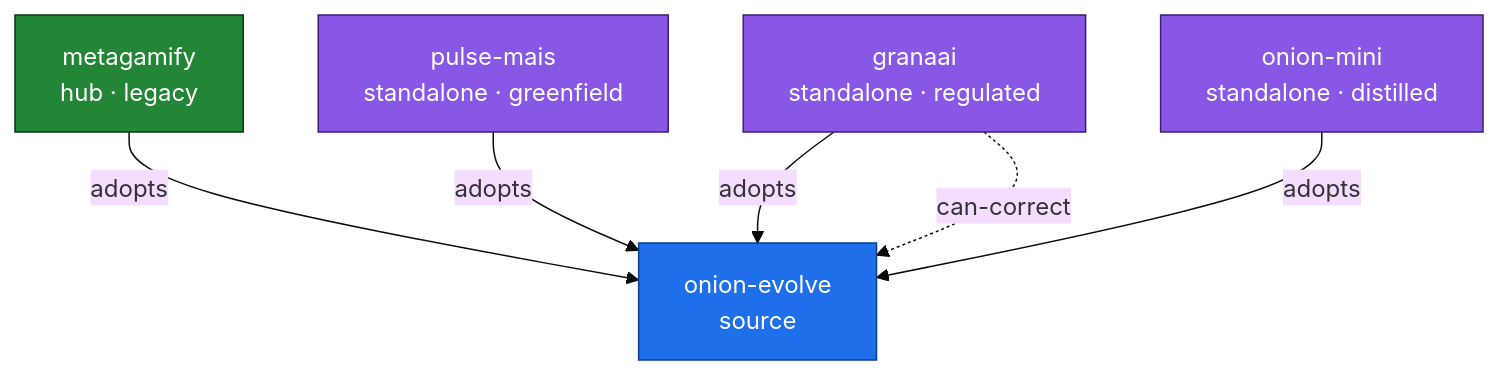
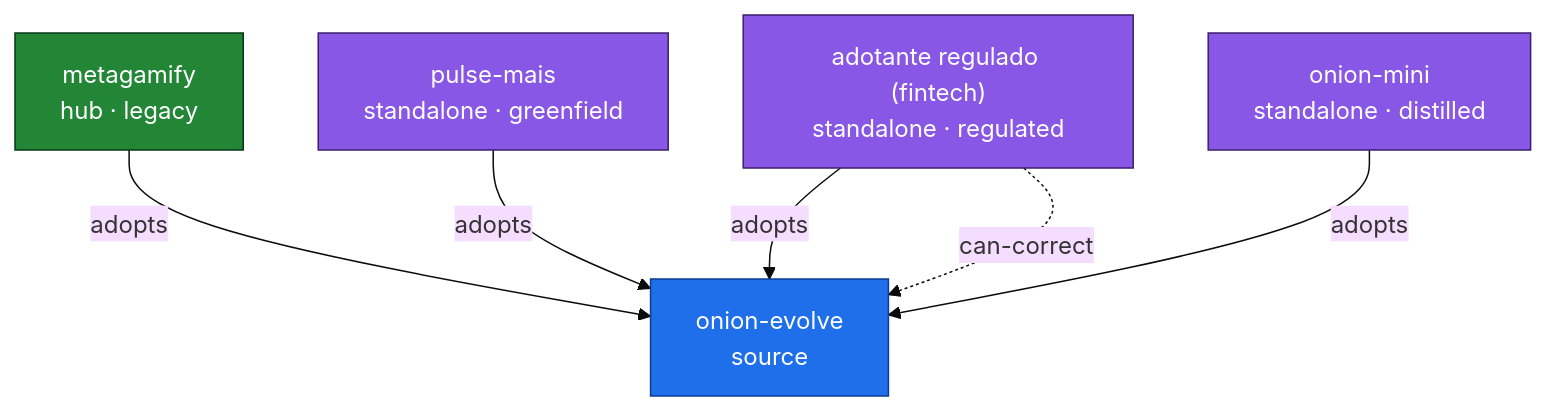
Before and after one commit to marciocar/onion-evolve: the diagram in site/public/federacao/federation-map.md, drawn with Mermaid (base theme). The commit also changed other lines of this file and 2 other files, not shown here.

Commit message:
fix(site): o retrato da federação deixa de citar um nome comercial
O snapshot congelado de /federacao/ citava pelo id um adotante de remote privado cujo id é o
nome comercial da empresa. Vira o rótulo genérico «adotante regulado (fintech)», no console,
no nó e nas arestas do mapa e na tabela.

Orquestrado com 🧅 Onion Evolve
Claude-Session: https://claude.ai/code/session_01VwHM6QjPPWt5PRK5xpXNMg

````diff
--- a/site/public/federacao/federation-map.md
+++ b/site/public/federacao/federation-map.md
@@ -7,16 +7,16 @@
 ```mermaid
 flowchart TD
   onion_evolve["onion-evolve<br/>source"]:::source
   metagamify["metagamify<br/>hub · legacy"]:::hub
   pulse_mais["pulse-mais<br/>standalone · greenfield"]:::standalone
-  granaai["granaai<br/>standalone · regulated"]:::standalone
+  adotante_regulado["adotante regulado (fintech)<br/>standalone · regulated"]:::standalone
   onion_mini["onion-mini<br/>standalone · distilled"]:::standalone
   metagamify -->|adopts| onion_evolve
   pulse_mais -->|adopts| onion_evolve
-  granaai -->|adopts| onion_evolve
-  granaai -.->|can-correct| onion_evolve
+  adotante_regulado -->|adopts| onion_evolve
+  adotante_regulado -.->|can-correct| onion_evolve
   onion_mini -->|adopts| onion_evolve
   classDef source fill:#1f6feb,color:#fff,stroke:#0b3d91;
   classDef hub fill:#238636,color:#fff,stroke:#033a16;
   classDef standalone fill:#8957e5,color:#fff,stroke:#3c1e70;
 ```
````
